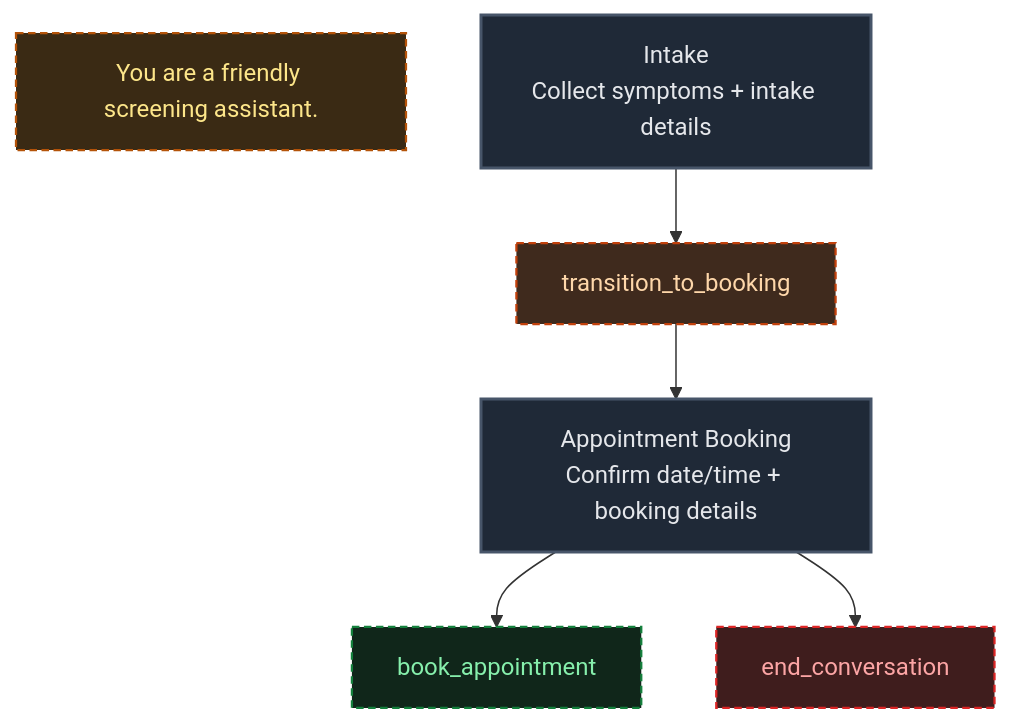
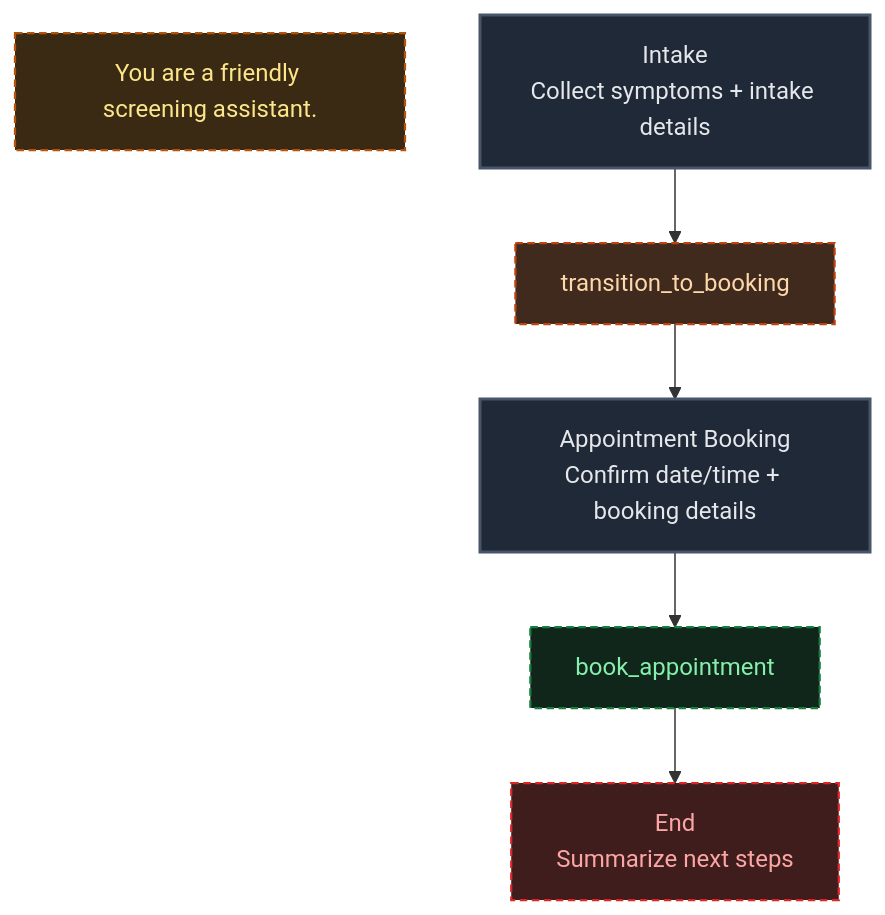
One commit to william-akapulu/docs changed the eighth of 8 diagrams in guides/scenarios/using-json.mdx. Above: the diagram before and after it, drawn with Mermaid. The commit also changed other lines of this file and 37 other files, not shown here.

````diff
--- a/guides/scenarios/using-json.mdx
+++ b/guides/scenarios/using-json.mdx
@@ -546,24 +460,23 @@
 ```mermaid
 flowchart TD
-  RM["You are a friendly screening assistant."]
+  RI["You are a friendly screening assistant."]
   A["Intake<br/>Collect symptoms + intake details"]
   T["transition_to_booking"]
   B["Appointment Booking<br/>Confirm date/time + booking details"]
   H["book_appointment"]
-  E["end_conversation"]
+  E["End<br/>Summarize next steps"]
 
   A --> T --> B
-  B --> H
-  B --> E
+  B --> H --> E
 
-  classDef stage fill:#1f2937,color:#e5e7eb,stroke:#475569,stroke-width:2px;
+  classDef node fill:#1f2937,color:#e5e7eb,stroke:#475569,stroke-width:2px;
   classDef transition fill:#3f2a1d,color:#fed7aa,stroke:#c2410c,stroke-width:1.5px,stroke-dasharray: 5 3;
   classDef http fill:#10261a,color:#86efac,stroke:#15803d,stroke-width:1.5px,stroke-dasharray: 5 3;
   classDef endNode fill:#3f1d1d,color:#fca5a5,stroke:#dc2626,stroke-width:1.5px,stroke-dasharray: 5 3;
   classDef role fill:#3a2a14,color:#fde68a,stroke:#b45309,stroke-width:1.5px,stroke-dasharray: 5 3;
-  class A,B stage;
+  class A,B node;
   class T transition;
   class H http;
   class E endNode;
-  class RM role;
+  class RI role;
 ```
````
